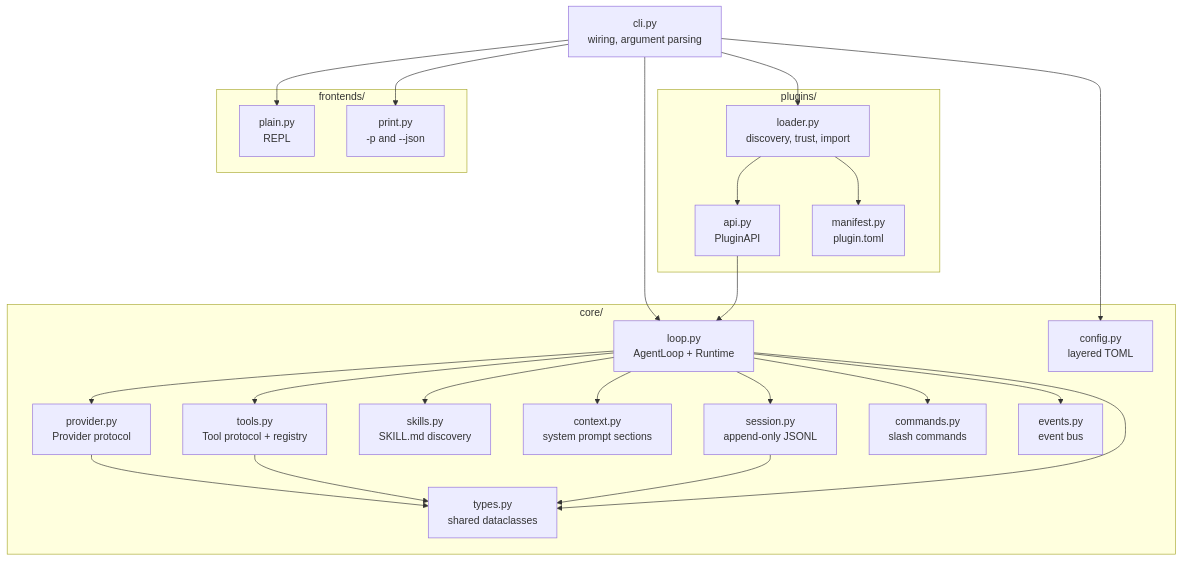
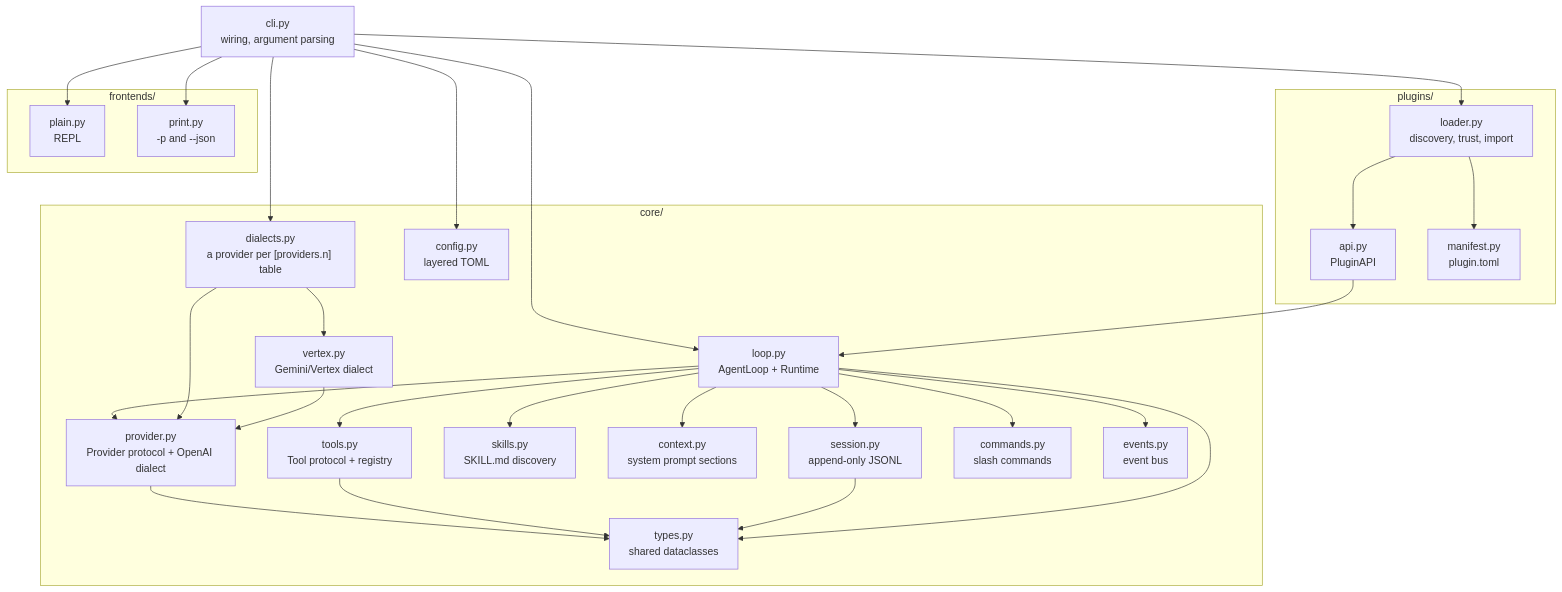
Before and after one commit to opscontinuum/picoagent: the first of 2 diagrams in docs/engineering/system-overview.md, drawn with Mermaid. The commit also changed other lines of this file and 8 other files, not shown here.

````diff
--- a/docs/engineering/system-overview.md
+++ b/docs/engineering/system-overview.md
@@ -10,51 +10,57 @@
 ```mermaid
 graph TD
     cli["cli.py<br/>wiring, argument parsing"]
 
     subgraph core["core/"]
         loop["loop.py<br/>AgentLoop + Runtime"]
-        provider["provider.py<br/>Provider protocol"]
+        provider["provider.py<br/>Provider protocol + OpenAI dialect"]
+        vertex["vertex.py<br/>Gemini/Vertex dialect"]
+        dialects["dialects.py<br/>a provider per [providers.n] table"]
         tools["tools.py<br/>Tool protocol + registry"]
         skills["skills.py<br/>SKILL.md discovery"]
         context["context.py<br/>system prompt sections"]
         session["session.py<br/>append-only JSONL"]
         commands["commands.py<br/>slash commands"]
         events["events.py<br/>event bus"]
         config["config.py<br/>layered TOML"]
         types["types.py<br/>shared dataclasses"]
     end
 
     subgraph plug["plugins/"]
         api["api.py<br/>PluginAPI"]
         loader["loader.py<br/>discovery, trust, import"]
         manifest["manifest.py<br/>plugin.toml"]
     end
 
     subgraph fe["frontends/"]
         plain["plain.py<br/>REPL"]
         printfe["print.py<br/>-p and --json"]
     end
 
     cli --> config
+    cli --> dialects
     cli --> loop
     cli --> loader
     cli --> plain
     cli --> printfe
 
     loop --> events
     loop --> tools
     loop --> skills
     loop --> commands
     loop --> provider
     loop --> context
     loop --> session
 
     loader --> manifest
     loader --> api
     api --> loop
 
+    dialects --> provider
+    dialects --> vertex
+    vertex --> provider
     provider --> types
     tools --> types
     session --> types
     loop --> types
 ```
````
